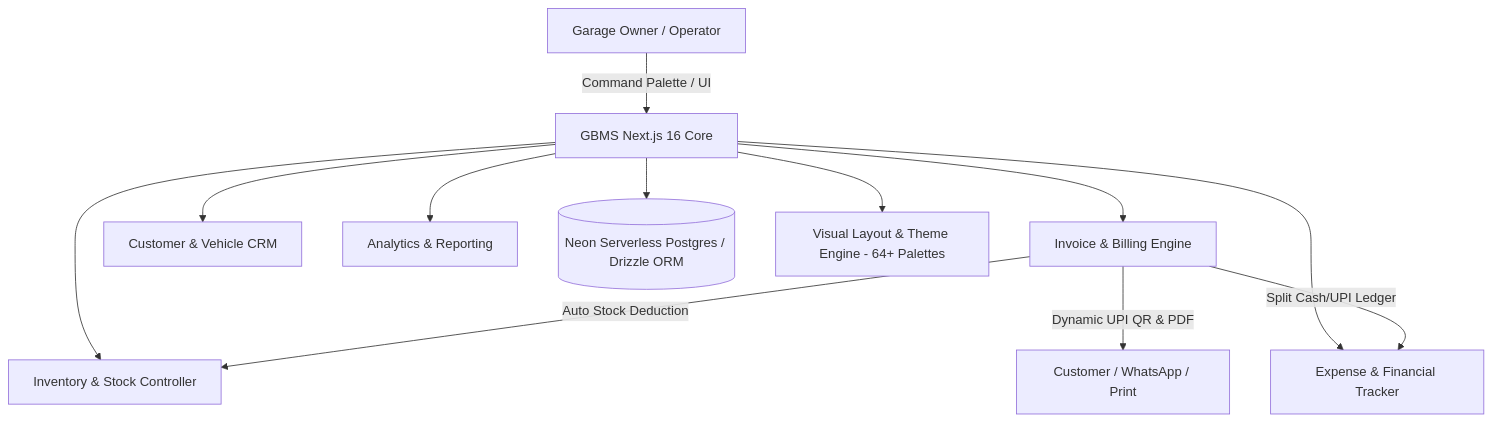
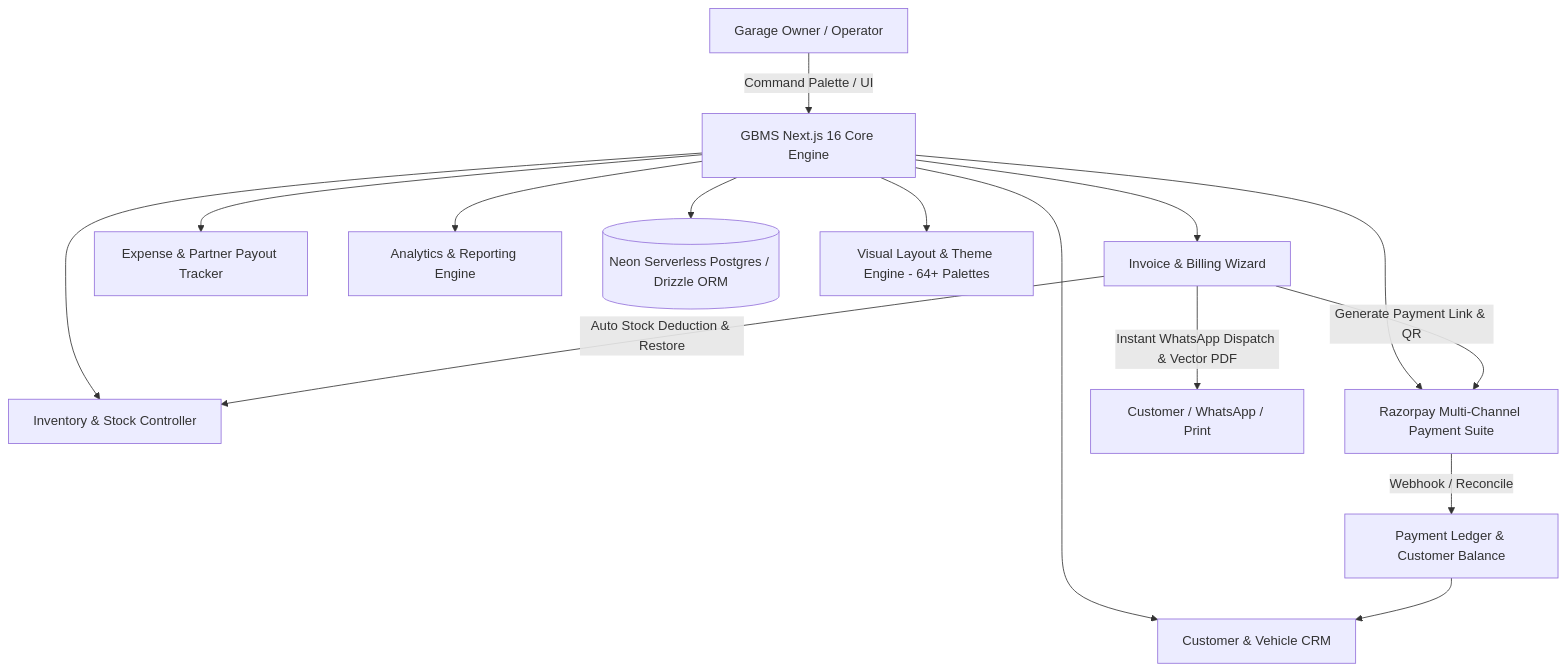
The first of 2 diagrams in README.md (Virendra-Phirke/TRACTOR_GARAJ_MANAGEMENT_SYSTEM), drawn with Mermaid before and after one commit. The commit also changed other lines of this file and 2 other files, not shown here.

Commit message:
docs: update README with Razorpay suite, WhatsApp examples, ER diagram, and safe .env template

````diff
--- a/README.md
+++ b/README.md
@@ -27,16 +28,20 @@
 ```mermaid
 graph TD
-    A[Garage Owner / Operator] -->|Command Palette / UI| B[GBMS Next.js 16 Core]
-    B --> C[Invoice & Billing Engine]
+    A[Garage Owner / Operator] -->|Command Palette / UI| B[GBMS Next.js 16 Core Engine]
+    B --> C[Invoice & Billing Wizard]
     B --> D[Customer & Vehicle CRM]
     B --> E[Inventory & Stock Controller]
-    B --> F[Expense & Financial Tracker]
-    B --> G[Analytics & Reporting]
+    B --> F[Expense & Partner Payout Tracker]
+    B --> G[Razorpay Multi-Channel Payment Suite]
+    B --> H[Analytics & Reporting Engine]
     
-    C -->|Auto Stock Deduction| E
-    C -->|Dynamic UPI QR & PDF| H[Customer / WhatsApp / Print]
-    C -->|Split Cash/UPI Ledger| F
+    C -->|Auto Stock Deduction & Restore| E
+    C -->|Generate Payment Link & QR| G
+    C -->|Instant WhatsApp Dispatch & Vector PDF| I[Customer / WhatsApp / Print]
     
-    B --> I[(Neon Serverless Postgres / Drizzle ORM)]
-    B --> J[Visual Layout & Theme Engine - 64+ Palettes]
+    G -->|Webhook / Reconcile| J[Payment Ledger & Customer Balance]
+    J --> D
+    
+    B --> K[(Neon Serverless Postgres / Drizzle ORM)]
+    B --> L[Visual Layout & Theme Engine - 64+ Palettes]
 ```
````
